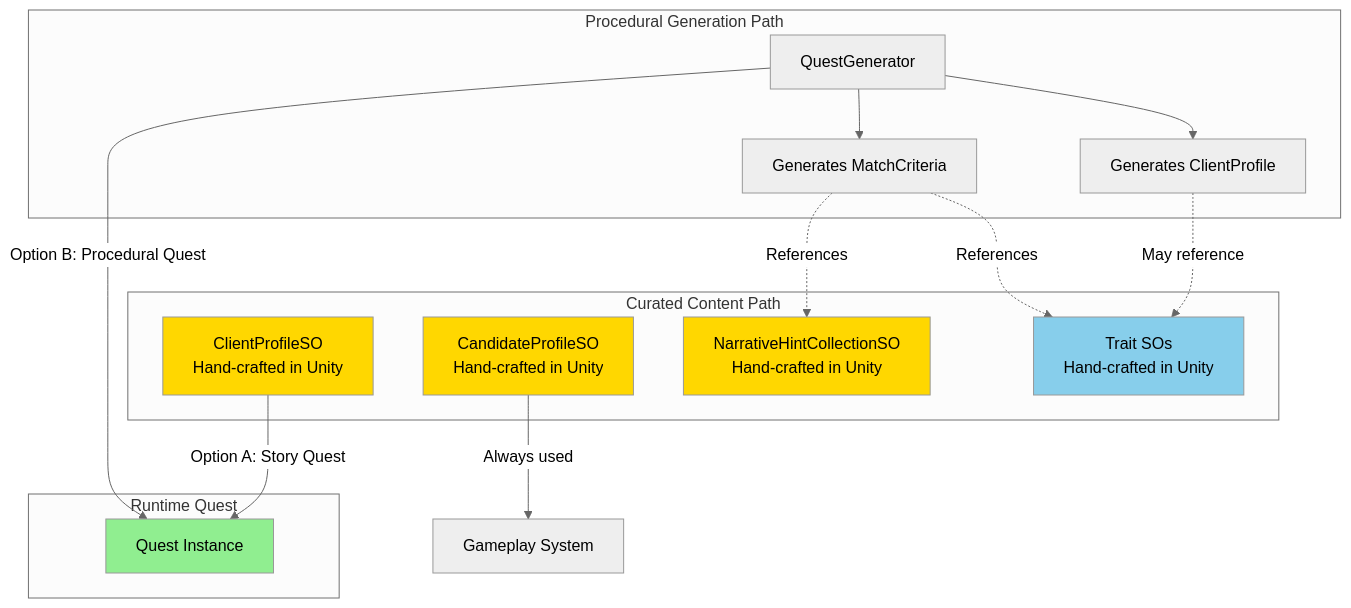
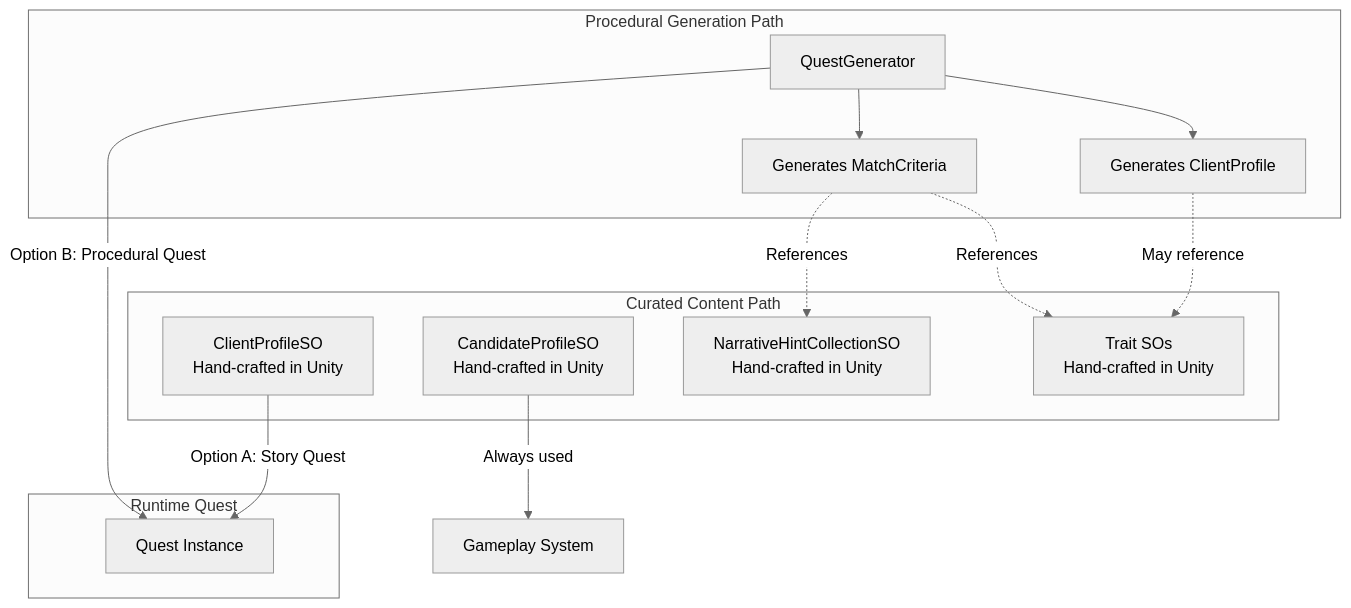
The tenth of 11 diagrams in ARCHITECTURE_DIAGRAMS.md (ben3683914/maskhot), drawn with Mermaid (neutral theme) before and after one commit. The commit also changed other lines of this file, not shown here.

Commit message:
remove colors from mermaid

````diff
--- a/ARCHITECTURE_DIAGRAMS.md
+++ b/ARCHITECTURE_DIAGRAMS.md
@@ -360,35 +334,30 @@
 ```mermaid
 graph TB
     subgraph "Curated Content Path"
         ClientSO[ClientProfileSO<br/>Hand-crafted in Unity]
         CandidateSO[CandidateProfileSO<br/>Hand-crafted in Unity]
         HintsSO[NarrativeHintCollectionSO<br/>Hand-crafted in Unity]
         TraitSO[Trait SOs<br/>Hand-crafted in Unity]
     end
 
     subgraph "Procedural Generation Path"
         QuestGen[QuestGenerator]
         ClientGen[Generates ClientProfile]
         CriteriaGen[Generates MatchCriteria]
     end
 
     subgraph "Runtime Quest"
         Quest[Quest Instance]
     end
 
     ClientSO -->|Option A: Story Quest| Quest
     QuestGen -->|Option B: Procedural Quest| Quest
     QuestGen --> ClientGen
     QuestGen --> CriteriaGen
     ClientGen -.->|May reference| TraitSO
     CriteriaGen -.->|References| HintsSO
     CriteriaGen -.->|References| TraitSO
 
     CandidateSO -->|Always used| Gameplay[Gameplay System]
 
-    style ClientSO fill:#FFD700
-    style CandidateSO fill:#FFD700
-    style HintsSO fill:#FFD700
-    style TraitSO fill:#87CEEB
-    style Quest fill:#90EE90
 ```
````
